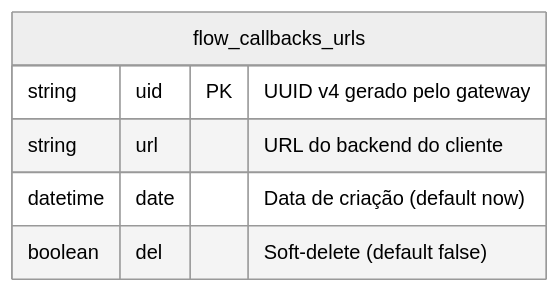
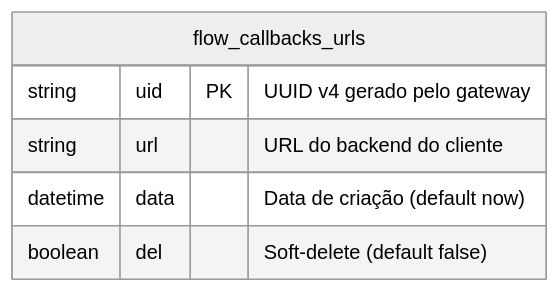
Before and after one commit to adaptwebtech/whiz-gateway: the second of 6 diagrams in docs/implementation/2026-06-05-wpp-flow-callbacks.md, drawn with Mermaid (neutral theme). The commit also changed other lines of this file and 27 other files, not shown here.

````diff
--- a/docs/implementation/2026-06-05-wpp-flow-callbacks.md
+++ b/docs/implementation/2026-06-05-wpp-flow-callbacks.md
@@ -232,9 +232,9 @@
 ```mermaid
 erDiagram
     flow_callbacks_urls {
         string uid PK "UUID v4 gerado pelo gateway"
         string url "URL do backend do cliente"
-        datetime date "Data de criação (default now)"
+        datetime data "Data de criação (default now)"
         boolean del "Soft-delete (default false)"
     }
 ```
````
